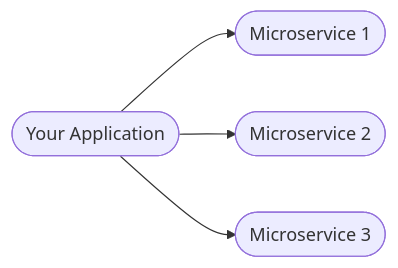
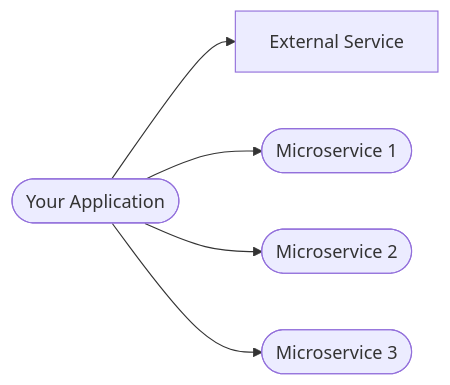
Before and after one commit to smocker-dev/smocker: the third of 4 diagrams in docs/guide/README.md, drawn with Mermaid. The commit also changed other lines of this file and 1 other file, not shown here.

Commit message:
feat: add custom mermaid theme + rework diagrams

````diff
--- a/docs/guide/README.md
+++ b/docs/guide/README.md
@@ -63,11 +67,13 @@
 ```mermaid
 graph LR
+  E[External Service]
   App([Your Application])
   M1([Microservice 1])
   M2([Microservice 2])
   M3([Microservice 3])
 
+  App --> E
   App --> M1
   App --> M2
   App --> M3
 ```
````
